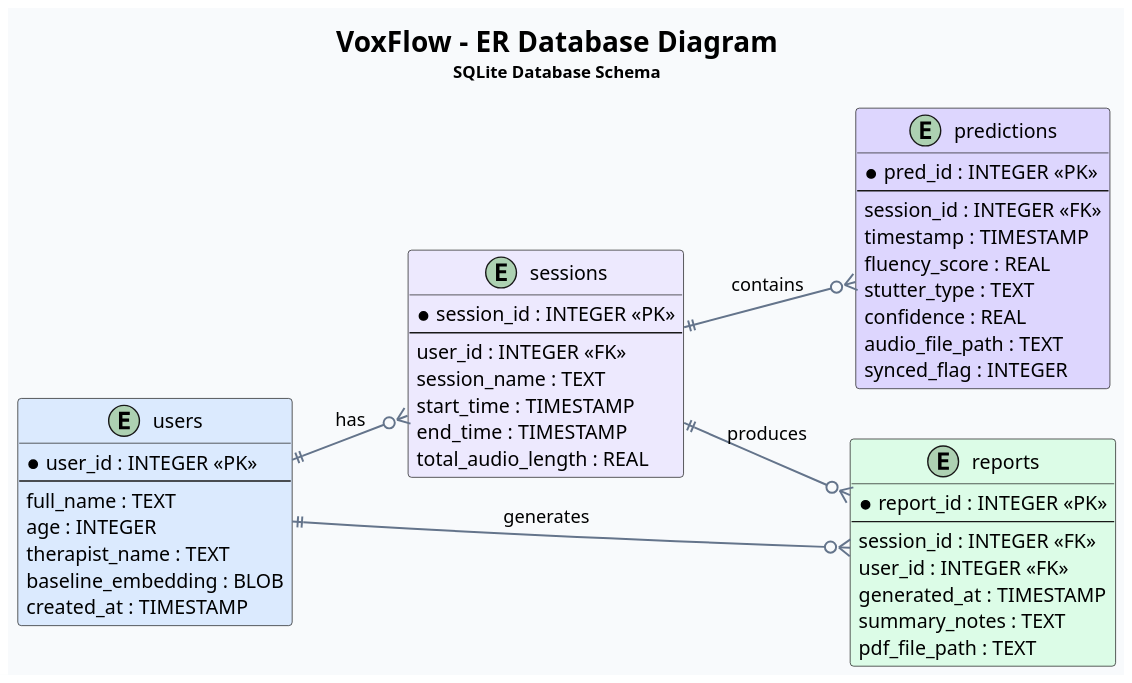
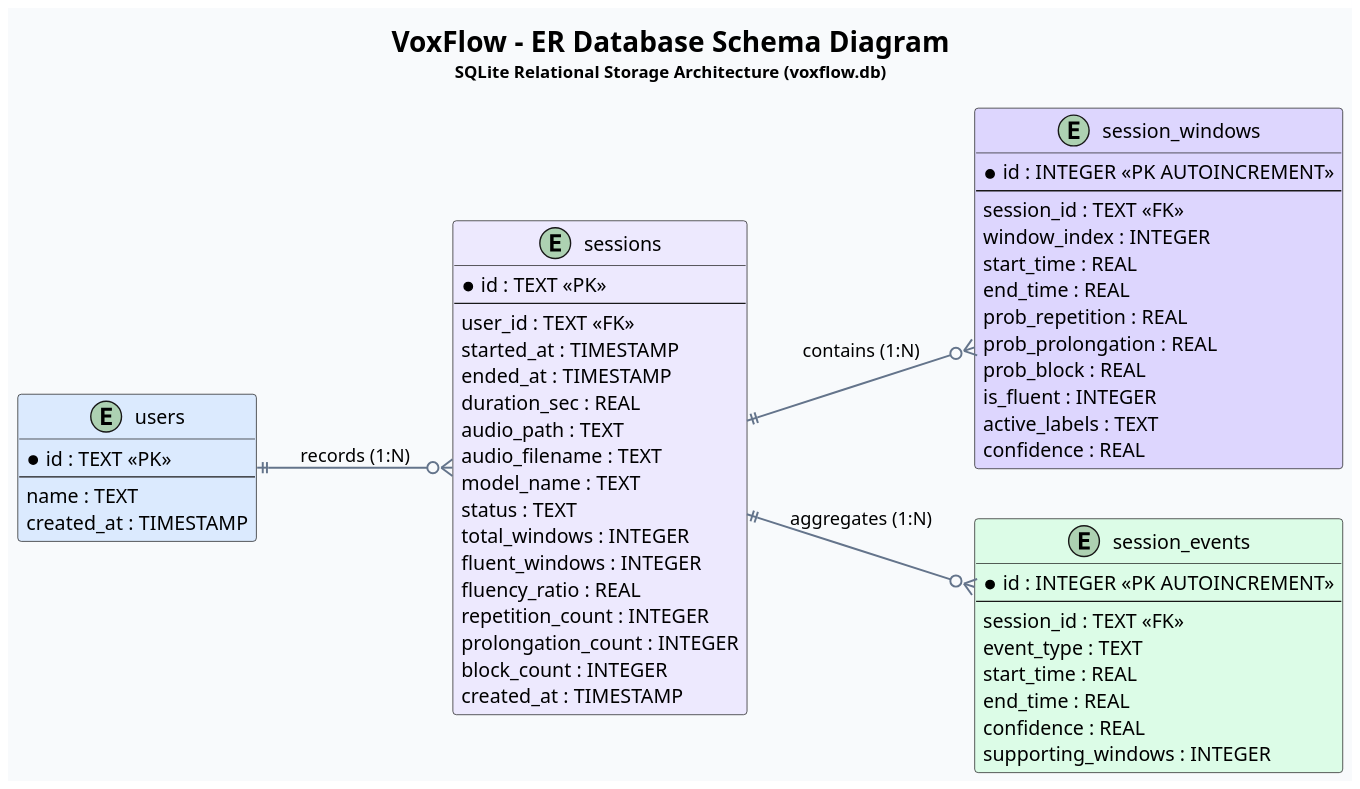
One commit to PetaSivaNandhanReddy/voxflow changed the diagram in VoxFlow_uml/VoxFlow_uml/uml/11_er_database.puml. Above: the diagram before and after it, drawn with PlantUML. The commit also changed 31 other files, not shown here.

Commit message:
docs: align uml architecture with final voxflow system

```diff
--- a/VoxFlow_uml/VoxFlow_uml/uml/11_er_database.puml
+++ b/VoxFlow_uml/VoxFlow_uml/uml/11_er_database.puml
@@ -1,75 +1,78 @@
 @startuml
-
-title <size:20><b>VoxFlow - ER Database Diagram</b></size>\n<size:12>SQLite Database Schema</size>
+title <size:20><b>VoxFlow - ER Database Schema Diagram</b></size>\n<size:12>SQLite Relational Storage Architecture (voxflow.db)</size>
 
 left to right direction
 
 skinparam backgroundColor #F8FAFC
 skinparam shadowing false
 skinparam dpi 170
 
 skinparam entity {
     BackgroundColor #FFFFFF
     BorderColor #334155
     BorderThickness 1.5
     FontColor #0F172A
     FontSize 10
 }
 
 skinparam ArrowColor #64748B
 skinparam ArrowThickness 1.4
 
-
 entity "users" as Users #DBEAFE {
-    * user_id : INTEGER <<PK>>
+    * id : TEXT <<PK>>
     --
-    full_name : TEXT
-    age : INTEGER
-    therapist_name : TEXT
-    baseline_embedding : BLOB
+    name : TEXT
     created_at : TIMESTAMP
 }
 
-
 entity "sessions" as Sessions #EDE9FE {
-    * session_id : INTEGER <<PK>>
+    * id : TEXT <<PK>>
     --
-    user_id : INTEGER <<FK>>
-    session_name : TEXT
-    start_time : TIMESTAMP
-    end_time : TIMESTAMP
-    total_audio_length : REAL
+    user_id : TEXT <<FK>>
+    started_at : TIMESTAMP
+    ended_at : TIMESTAMP
+    duration_sec : REAL
+    audio_path : TEXT
+    audio_filename : TEXT
+    model_name : TEXT
+    status : TEXT
+    total_windows : INTEGER
+    fluent_windows : INTEGER
+    fluency_ratio : REAL
+    repetition_count : INTEGER
+    prolongation_count : INTEGER
+    block_count : INTEGER
+    created_at : TIMESTAMP
 }
 
-
-entity "predictions" as Predictions #DDD6FE {
-    * pred_id : INTEGER <<PK>>
+entity "session_windows" as Windows #DDD6FE {
+    * id : INTEGER <<PK AUTOINCREMENT>>
     --
-    session_id : INTEGER <<FK>>
-    timestamp : TIMESTAMP
-    fluency_score : REAL
-    stutter_type : TEXT
+    session_id : TEXT <<FK>>
+    window_index : INTEGER
+    start_time : REAL
+    end_time : REAL
+    prob_repetition : REAL
+    prob_prolongation : REAL
+    prob_block : REAL
+    is_fluent : INTEGER
+    active_labels : TEXT
     confidence : REAL
-    audio_file_path : TEXT
-    synced_flag : INTEGER
 }
 
-
-entity "reports" as Reports #DCFCE7 {
-    * report_id : INTEGER <<PK>>
+entity "session_events" as Events #DCFCE7 {
+    * id : INTEGER <<PK AUTOINCREMENT>>
     --
-    session_id : INTEGER <<FK>>
-    user_id : INTEGER <<FK>>
-    generated_at : TIMESTAMP
-    summary_notes : TEXT
-    pdf_file_path : TEXT
+    session_id : TEXT <<FK>>
+    event_type : TEXT
+    start_time : REAL
+    end_time : REAL
+    confidence : REAL
+    supporting_windows : INTEGER
 }
 
-
-Users ||--o{ Sessions : has
-Sessions ||--o{ Predictions : contains
-Users ||--o{ Reports : generates
-Sessions ||--o{ Reports : produces
-
+Users ||--o{ Sessions : "records (1:N)"
+Sessions ||--o{ Windows : "contains (1:N)"
+Sessions ||--o{ Events : "aggregates (1:N)"
 
 @enduml
```
